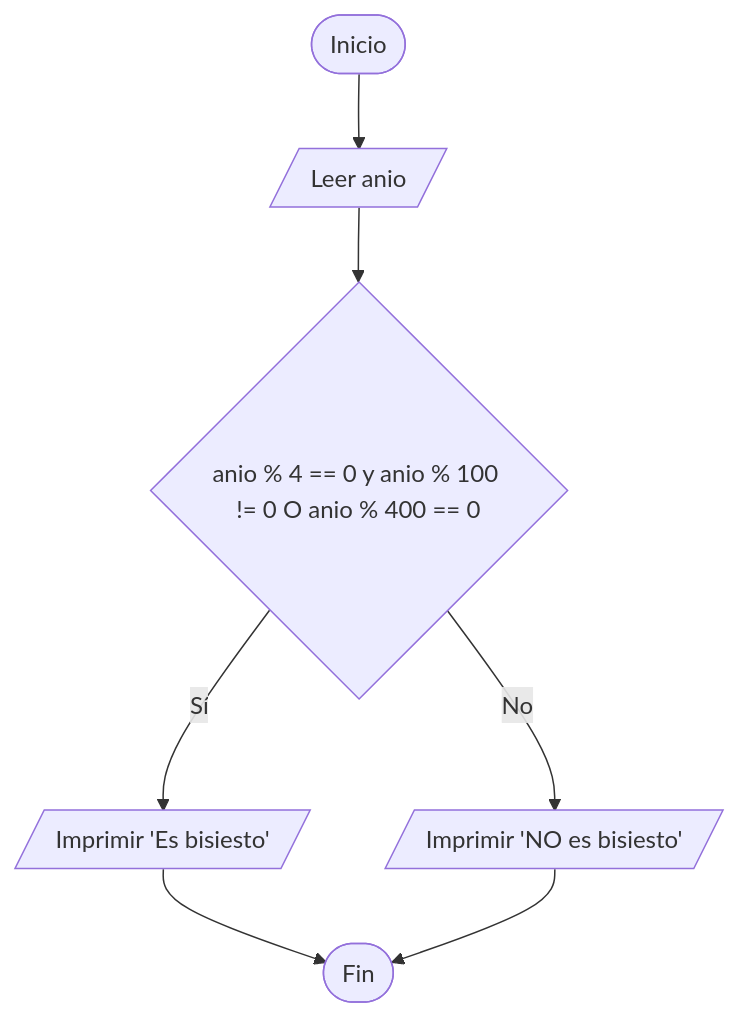
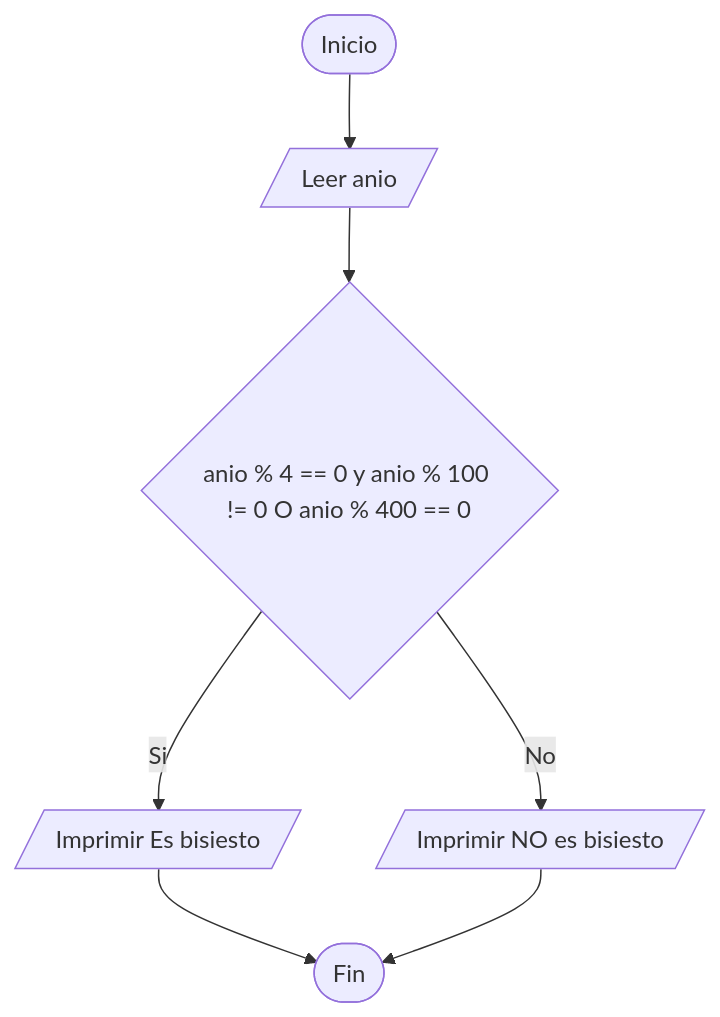
One commit to leslyquintero-eng/Taller-Condicionales-UTP changed the fifth of 9 diagrams in diagramas.md. Above: the diagram before and after it, drawn with Mermaid. The commit also changed other lines of this file, not shown here.

Commit message:
Update flowchart text for clarity and consistency

````diff
--- a/diagramas.md
+++ b/diagramas.md
@@ -59,9 +58,9 @@
 ```mermaid
 graph TD
     A([Inicio]) --> B[/Leer anio/]
     B --> C{anio % 4 == 0 y anio % 100 != 0 O anio % 400 == 0}
-    C -- Sí --> D[/Imprimir 'Es bisiesto'/]
-    C -- No --> E[/Imprimir 'NO es bisiesto'/]
+    C -- Si --> D[/Imprimir Es bisiesto/]
+    C -- No --> E[/Imprimir NO es bisiesto/]
     D --> F([Fin])
     E --> F
 ```
````
